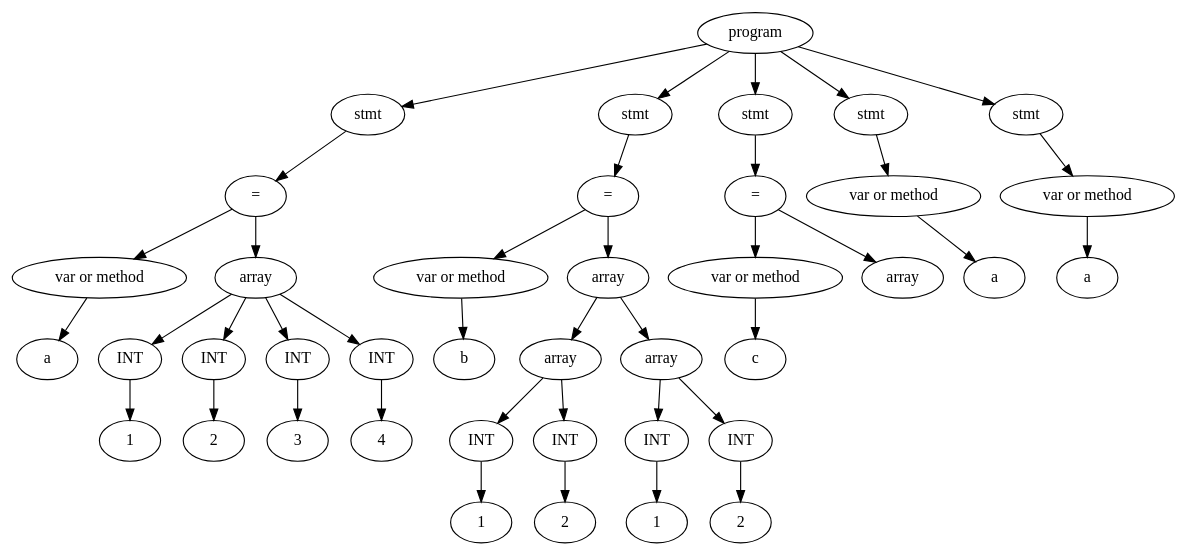
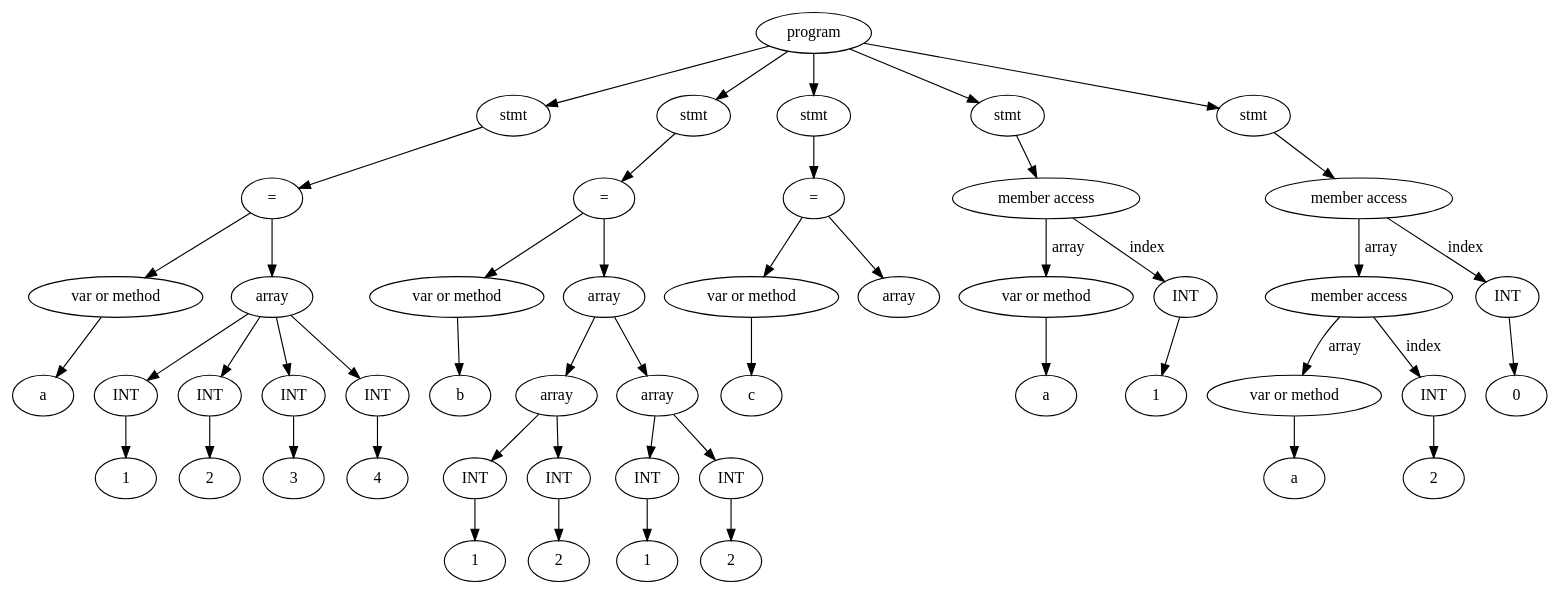
Before and after one commit to vitek999/ruby_compiler: the diagram in RubyCompiler/tree.dot, drawn with Graphviz. The commit also changed 5 other files, not shown here.

```diff
--- a/RubyCompiler/tree.dot
+++ b/RubyCompiler/tree.dot
@@ -1,81 +1,99 @@
 digraph G {
-Id010C2BA0 [label="program"]
-Id010C2510 [label="stmt"]
-Id010C2740 [label="="]
-Id010B9908 [label="var or method"]
-IdVal010B9908 [label="a"]
-Id010B9908->IdVal010B9908
-Id010C26F0 [label = "array"]
-Id010B9958 [label="INT"]
-IdVal010B9958 [label="1"]
-Id010B9958->IdVal010B9958
-Id010C26F0->Id010B9958
-Id010B99E0 [label="INT"]
-IdVal010B99E0 [label="2"]
-Id010B99E0->IdVal010B99E0
-Id010C26F0->Id010B99E0
-Id010B9A30 [label="INT"]
-IdVal010B9A30 [label="3"]
-Id010B9A30->IdVal010B9A30
-Id010C26F0->Id010B9A30
-Id010C2600 [label="INT"]
-IdVal010C2600 [label="4"]
-Id010C2600->IdVal010C2600
-Id010C26F0->Id010C2600
-Id010C2740->Id010B9908
-Id010C2740->Id010C26F0
-Id010C2510->Id010C2740
-Id010C2BA0->Id010C2510
-Id010C1FC0 [label="stmt"]
-Id010C21F0 [label="="]
-Id010C2420 [label="var or method"]
-IdVal010C2420 [label="b"]
-Id010C2420->IdVal010C2420
-Id010C2150 [label = "array"]
-Id010C2100 [label = "array"]
-Id010C2650 [label="INT"]
-IdVal010C2650 [label="1"]
-Id010C2650->IdVal010C2650
-Id010C2100->Id010C2650
-Id010C2380 [label="INT"]
-IdVal010C2380 [label="2"]
-Id010C2380->IdVal010C2380
-Id010C2100->Id010C2380
-Id010C2150->Id010C2100
-Id010C21A0 [label = "array"]
-Id010C2470 [label="INT"]
-IdVal010C2470 [label="1"]
-Id010C2470->IdVal010C2470
-Id010C21A0->Id010C2470
-Id010C24C0 [label="INT"]
-IdVal010C24C0 [label="2"]
-Id010C24C0->IdVal010C24C0
-Id010C21A0->Id010C24C0
-Id010C2150->Id010C21A0
-Id010C21F0->Id010C2420
-Id010C21F0->Id010C2150
-Id010C1FC0->Id010C21F0
-Id010C2BA0->Id010C1FC0
-Id010C2010 [label="stmt"]
-Id010C2560 [label="="]
-Id010C26A0 [label="var or method"]
-IdVal010C26A0 [label="c"]
-Id010C26A0->IdVal010C26A0
-Id010C2240 [label = "array"]
-Id010C2560->Id010C26A0
-Id010C2560->Id010C2240
-Id010C2010->Id010C2560
-Id010C2BA0->Id010C2010
-Id010C22E0 [label="stmt"]
-Id010C25B0 [label="var or method"]
-IdVal010C25B0 [label="a"]
-Id010C25B0->IdVal010C25B0
-Id010C22E0->Id010C25B0
-Id010C2BA0->Id010C22E0
-Id010C23D0 [label="stmt"]
-Id010C2060 [label="var or method"]
-IdVal010C2060 [label="a"]
-Id010C2060->IdVal010C2060
-Id010C23D0->Id010C2060
-Id010C2BA0->Id010C23D0
+Id00F73BA8 [label="program"]
+Id00F72600 [label="stmt"]
+Id00F720B0 [label="="]
+Id00F69908 [label="var or method"]
+IdVal00F69908 [label="a"]
+Id00F69908->IdVal00F69908
+Id00F723D0 [label = "array"]
+Id00F69958 [label="INT"]
+IdVal00F69958 [label="1"]
+Id00F69958->IdVal00F69958
+Id00F723D0->Id00F69958
+Id00F699E0 [label="INT"]
+IdVal00F699E0 [label="2"]
+Id00F699E0->IdVal00F699E0
+Id00F723D0->Id00F699E0
+Id00F69A30 [label="INT"]
+IdVal00F69A30 [label="3"]
+Id00F69A30->IdVal00F69A30
+Id00F723D0->Id00F69A30
+Id00F72060 [label="INT"]
+IdVal00F72060 [label="4"]
+Id00F72060->IdVal00F72060
+Id00F723D0->Id00F72060
+Id00F720B0->Id00F69908
+Id00F720B0->Id00F723D0
+Id00F72600->Id00F720B0
+Id00F73BA8->Id00F72600
+Id00F72740 [label="stmt"]
+Id00F71FC0 [label="="]
+Id00F72650 [label="var or method"]
+IdVal00F72650 [label="b"]
+Id00F72650->IdVal00F72650
+Id00F721A0 [label = "array"]
+Id00F722E0 [label = "array"]
+Id00F72380 [label="INT"]
+IdVal00F72380 [label="1"]
+Id00F72380->IdVal00F72380
+Id00F722E0->Id00F72380
+Id00F726A0 [label="INT"]
+IdVal00F726A0 [label="2"]
+Id00F726A0->IdVal00F726A0
+Id00F722E0->Id00F726A0
+Id00F721A0->Id00F722E0
+Id00F72470 [label = "array"]
+Id00F724C0 [label="INT"]
+IdVal00F724C0 [label="1"]
+Id00F724C0->IdVal00F724C0
+Id00F72470->Id00F724C0
+Id00F726F0 [label="INT"]
+IdVal00F726F0 [label="2"]
+Id00F726F0->IdVal00F726F0
+Id00F72470->Id00F726F0
+Id00F721A0->Id00F72470
+Id00F71FC0->Id00F72650
+Id00F71FC0->Id00F721A0
+Id00F72740->Id00F71FC0
+Id00F73BA8->Id00F72740
+Id00F72510 [label="stmt"]
+Id00F72240 [label="="]
+Id00F72010 [label="var or method"]
+IdVal00F72010 [label="c"]
+Id00F72010->IdVal00F72010
+Id00F72100 [label = "array"]
+Id00F72240->Id00F72010
+Id00F72240->Id00F72100
+Id00F72510->Id00F72240
+Id00F73BA8->Id00F72510
+Id00F72420 [label="stmt"]
+Id00F72290 [label = "member access"]
+Id00F72150 [label="var or method"]
+IdVal00F72150 [label="a"]
+Id00F72150->IdVal00F72150
+Id00F721F0 [label="INT"]
+IdVal00F721F0 [label="1"]
+Id00F721F0->IdVal00F721F0
+Id00F72290->Id00F72150 [label = "array"]
+Id00F72290->Id00F721F0 [label = "index"]
+Id00F72420->Id00F72290
+Id00F73BA8->Id00F72420
+Id00F72EF0 [label="stmt"]
+Id00F73260 [label = "member access"]
+Id00F725B0 [label = "member access"]
+Id00F72330 [label="var or method"]
+IdVal00F72330 [label="a"]
+Id00F72330->IdVal00F72330
+Id00F72560 [label="INT"]
+IdVal00F72560 [label="2"]
+Id00F72560->IdVal00F72560
+Id00F725B0->Id00F72330 [label = "array"]
+Id00F725B0->Id00F72560 [label = "index"]
+Id00F72BD0 [label="INT"]
+IdVal00F72BD0 [label="0"]
+Id00F72BD0->IdVal00F72BD0
+Id00F73260->Id00F725B0 [label = "array"]
+Id00F73260->Id00F72BD0 [label = "index"]
+Id00F72EF0->Id00F73260
+Id00F73BA8->Id00F72EF0
 }
```
